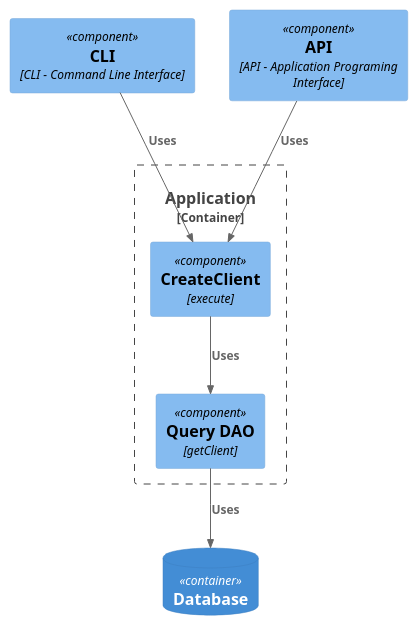
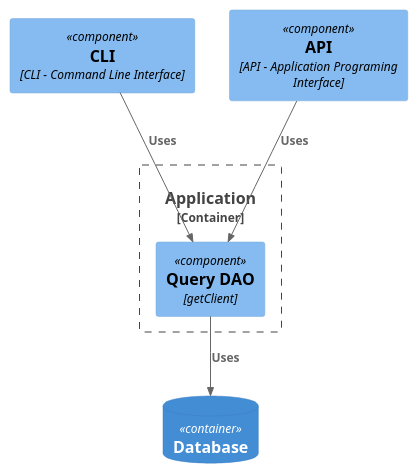
Before and after one commit to ivanfigueiredo/project-java: the diagram in assets/component/component_getClient.puml, drawn with PlantUML. The commit also changed 8 other files, not shown here.

Commit message:
docs: add diagrams

```diff
--- a/assets/component/component_getClient.puml
+++ b/assets/component/component_getClient.puml
@@ -1,18 +1,15 @@
 @startuml
 !include https://raw.githubusercontent.com/plantuml-stdlib/C4-PlantUML/master/C4_Component.puml
 
 Component(cli, "CLI", "", $techn="CLI - Command Line Interface")
 Component(api, "API", "", $techn="API - Application Programing Interface")
 ContainerDb(db, "Database")
 
 Container_Boundary(application, "Application") {
- Component(createClient, "CreateClient", "execute")
  Component(query, "Query DAO", "getClient")
-
- Rel(createClient, query, "Uses")
 }
 
 Rel(query, db, "Uses")
-Rel(cli, createClient, "Uses")
-Rel(api, createClient, "Uses")
+Rel(cli, query, "Uses")
+Rel(api, query, "Uses")
 @enduml
```
